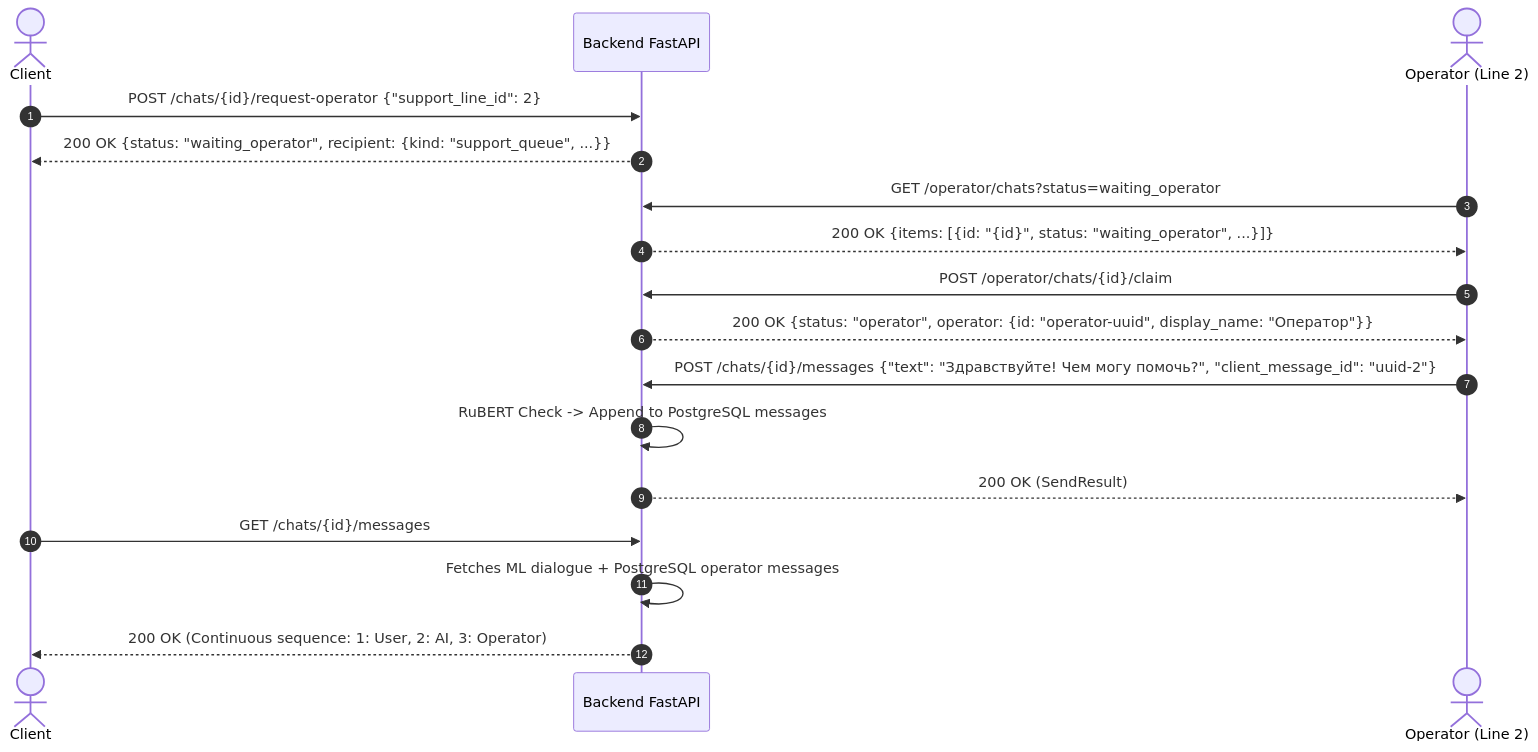
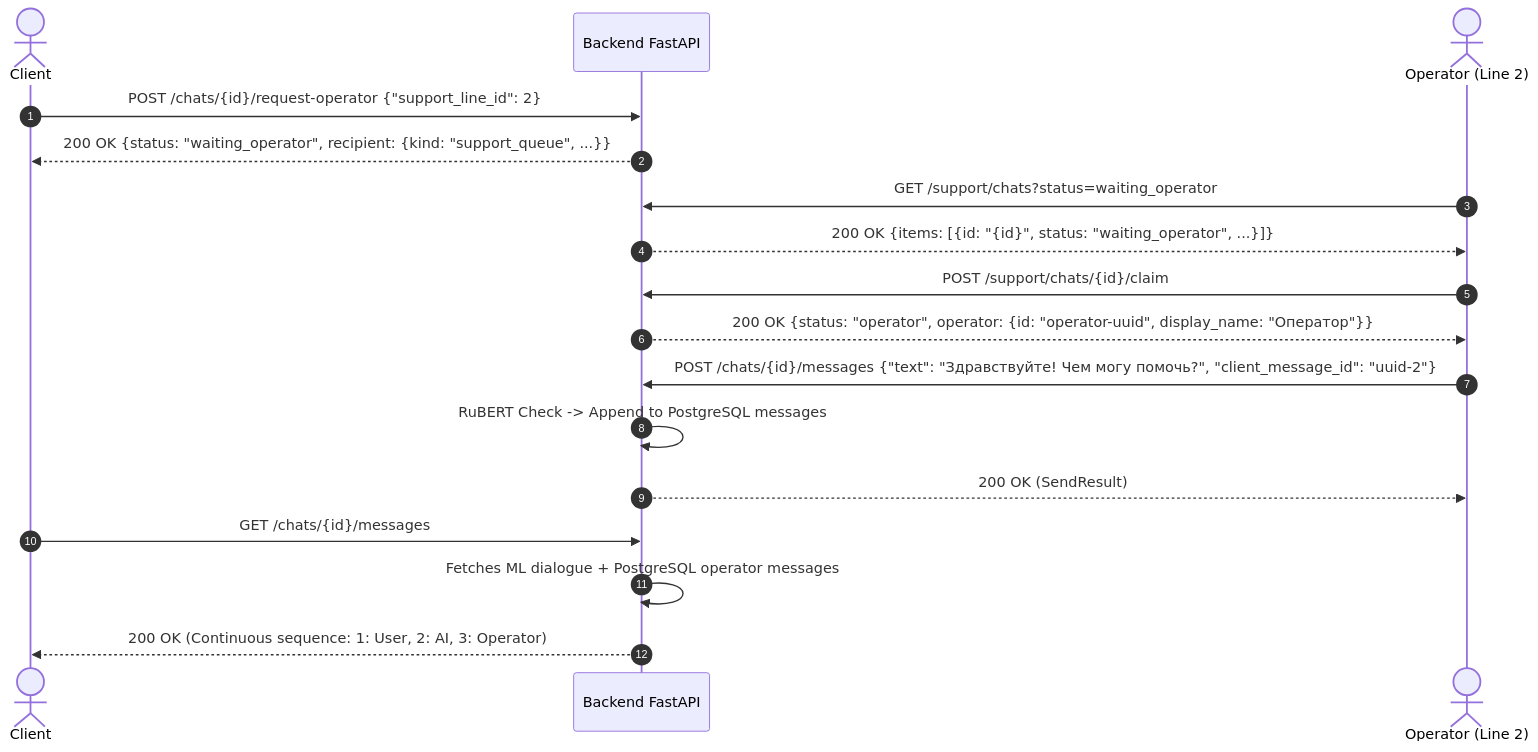
Before and after one commit to one-zero-eight/tenderhack-nizhniy-novgorod-innohassle: the third of 5 diagrams in backend/README.md, drawn with Mermaid. The commit also changed other lines of this file and 7 other files, not shown here.

````diff
--- a/backend/README.md
+++ b/backend/README.md
@@ -201,24 +201,24 @@
 ```mermaid
 sequenceDiagram
     autonumber
     actor User as Client
     participant Backend as Backend FastAPI
     actor Operator as Operator (Line 2)
 
     User->>Backend: POST /chats/{id}/request-operator {"support_line_id": 2}
     Backend-->>User: 200 OK {status: "waiting_operator", recipient: {kind: "support_queue", ...}}
 
-    Operator->>Backend: GET /operator/chats?status=waiting_operator
+    Operator->>Backend: GET /support/chats?status=waiting_operator
     Backend-->>Operator: 200 OK {items: [{id: "{id}", status: "waiting_operator", ...}]}
 
-    Operator->>Backend: POST /operator/chats/{id}/claim
+    Operator->>Backend: POST /support/chats/{id}/claim
     Backend-->>Operator: 200 OK {status: "operator", operator: {id: "operator-uuid", display_name: "Оператор"}}
 
     Operator->>Backend: POST /chats/{id}/messages {"text": "Здравствуйте! Чем могу помочь?", "client_message_id": "uuid-2"}
     Backend->>Backend: RuBERT Check -> Append to PostgreSQL messages
     Backend-->>Operator: 200 OK (SendResult)
 
     User->>Backend: GET /chats/{id}/messages
     Backend->>Backend: Fetches ML dialogue + PostgreSQL operator messages
     Backend-->>User: 200 OK (Continuous sequence: 1: User, 2: AI, 3: Operator)
 ```
````
